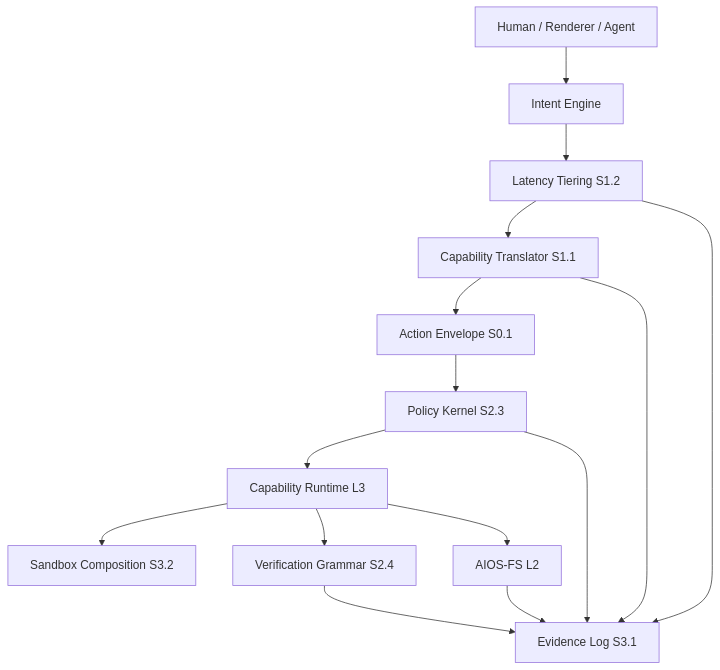
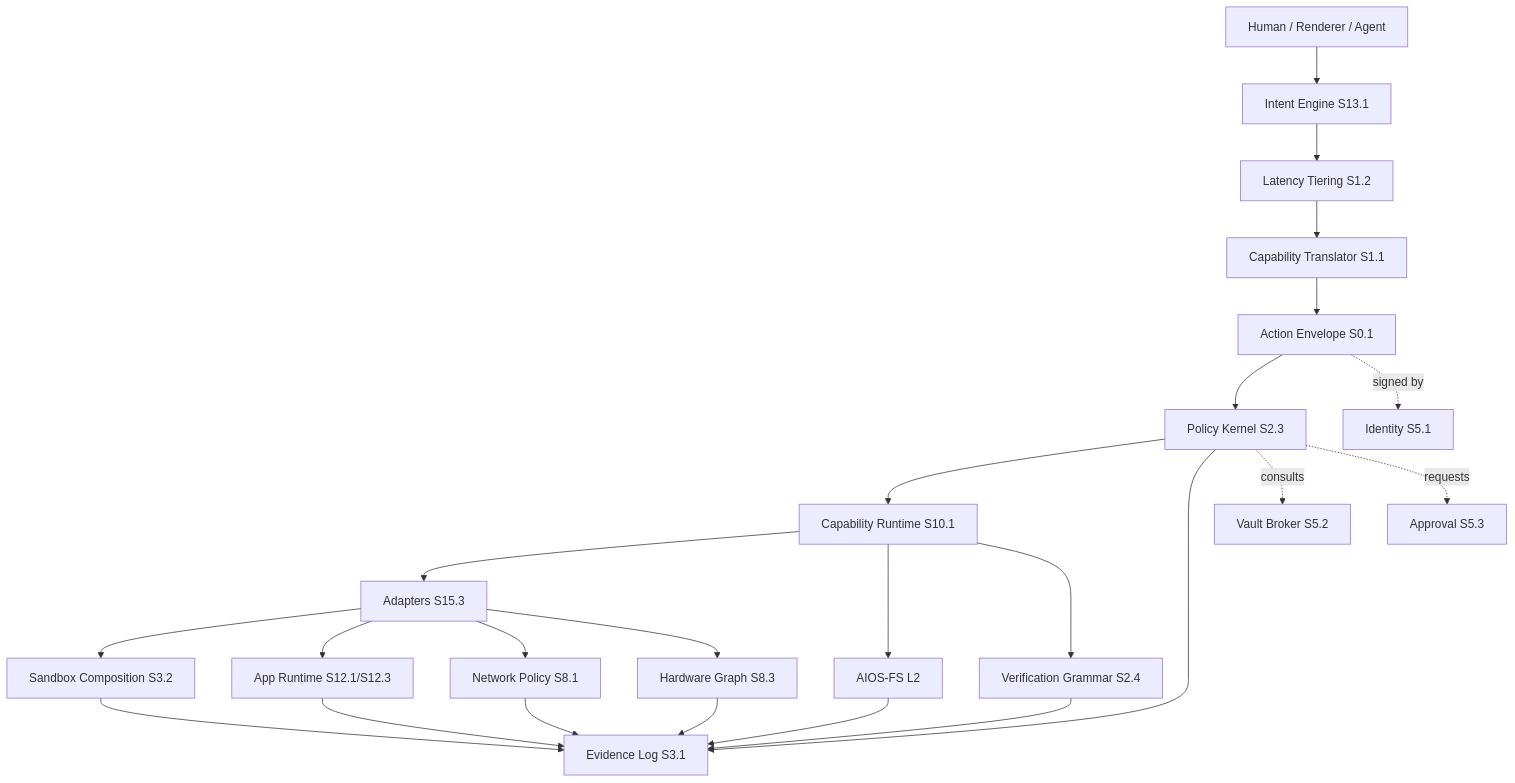
One commit to luckyngoriko/AI-Native-Linux changed the diagram in 002.AI-OS.NET--SPECREV.2/03_architecture_overview.md. Above: the diagram before and after it, drawn with Mermaid. The commit also changed other lines of this file and 3 other files, not shown here.

````diff
--- a/002.AI-OS.NET--SPECREV.2/03_architecture_overview.md
+++ b/002.AI-OS.NET--SPECREV.2/03_architecture_overview.md
@@ -9,17 +9,26 @@
 ```mermaid
 flowchart TD
-    U[Human / Renderer / Agent] --> IE[Intent Engine]
+    U[Human / Renderer / Agent] --> IE[Intent Engine S13.1]
     IE --> LT[Latency Tiering S1.2]
     LT --> CT[Capability Translator S1.1]
     CT --> AE[Action Envelope S0.1]
     AE --> PK[Policy Kernel S2.3]
-    PK --> CR[Capability Runtime L3]
-    CR --> SB[Sandbox Composition S3.2]
+    PK --> CR[Capability Runtime S10.1]
+    CR --> AD[Adapters S15.3]
+    AD --> SB[Sandbox Composition S3.2]
+    AD --> APP[App Runtime S12.1/S12.3]
+    AD --> NET[Network Policy S8.1]
+    AD --> HW[Hardware Graph S8.3]
     CR --> FS[AIOS-FS L2]
     CR --> VG[Verification Grammar S2.4]
     VG --> EL[Evidence Log S3.1]
     FS --> EL
     PK --> EL
-    CT --> EL
-    LT --> EL
+    APP --> EL
+    NET --> EL
+    HW --> EL
+    SB --> EL
+    AE -.signed by.-> ID[Identity S5.1]
+    PK -.consults.-> VB[Vault Broker S5.2]
+    PK -.requests.-> AP[Approval S5.3]
 ```
````
